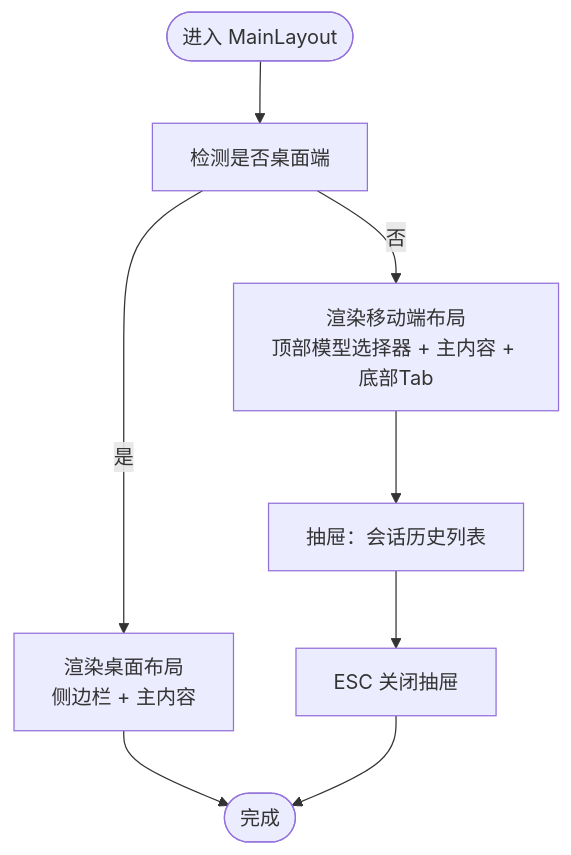
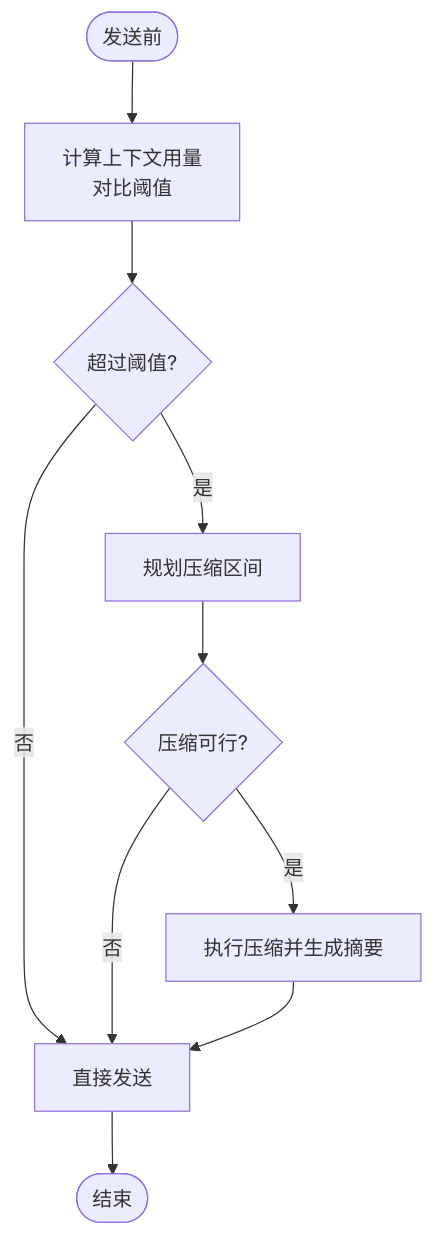
One commit to billye220670/AIShop changed the fourth of 7 diagrams in .qoder/repowiki/zh/content/架构设计/架构设计.md. Above: the diagram before and after it, drawn with Mermaid. The commit also changed other lines of this file and 135 other files, not shown here.

````diff
--- a/.qoder/repowiki/zh/content/架构设计/架构设计.md
+++ b/.qoder/repowiki/zh/content/架构设计/架构设计.md
@@ -254,10 +240,12 @@
 ```mermaid
 flowchart TD
-Start(["进入 MainLayout"]) --> Check["检测是否桌面端"]
-Check --> |是| Desktop["渲染桌面布局<br/>侧边栏 + 主内容"]
-Check --> |否| Mobile["渲染移动端布局<br/>顶部模型选择器 + 主内容 + 底部Tab"]
-Mobile --> Drawer["抽屉：会话历史列表"]
-Drawer --> Close["ESC 关闭抽屉"]
-Desktop --> End(["完成"])
-Close --> End
+Start(["发送前"]) --> CheckUsage["计算上下文用量<br/>对比阈值"]
+CheckUsage --> Over{"超过阈值?"}
+Over -- 否 --> Send["直接发送"]
+Over -- 是 --> Plan["规划压缩区间"]
+Plan --> Feasible{"压缩可行?"}
+Feasible -- 否 --> Send
+Feasible -- 是 --> Compact["执行压缩并生成摘要"]
+Compact --> Send
+Send --> End(["结束"])
 ```
````
